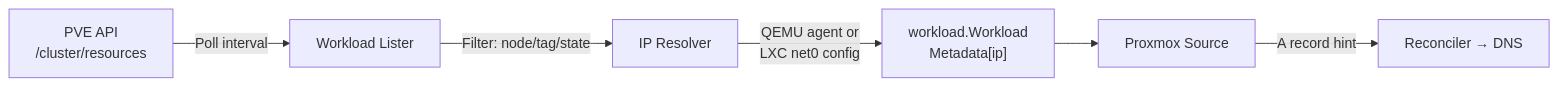
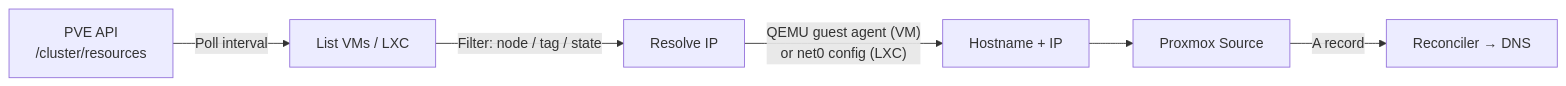
Before and after one commit to AnotherGenZ/dnsweaver: the diagram in docs/sources/proxmox.md, drawn with Mermaid. The commit also changed 13 other files, not shown here.

````diff
--- a/docs/sources/proxmox.md
+++ b/docs/sources/proxmox.md
@@ -13,8 +13,8 @@
 ```mermaid
 flowchart LR
-    A["PVE API<br/>/cluster/resources"] -->|"Poll interval"| B["Workload Lister"]
-    B -->|"Filter: node/tag/state"| C["IP Resolver"]
-    C -->|"QEMU agent or<br/>LXC net0 config"| D["workload.Workload<br/>Metadata[ip]"]
+    A["PVE API<br/>/cluster/resources"] -->|"Poll interval"| B["List VMs / LXC"]
+    B -->|"Filter: node / tag / state"| C["Resolve IP"]
+    C -->|"QEMU guest agent (VM)<br/>or net0 config (LXC)"| D["Hostname + IP"]
     D --> E["Proxmox Source"]
-    E -->|"A record hint"| F["Reconciler → DNS"]
+    E -->|"A record"| F["Reconciler → DNS"]
 ```
````
